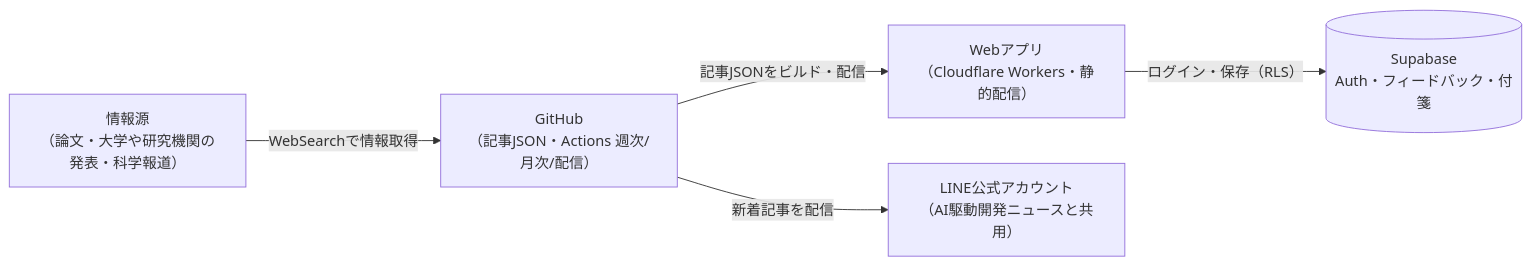
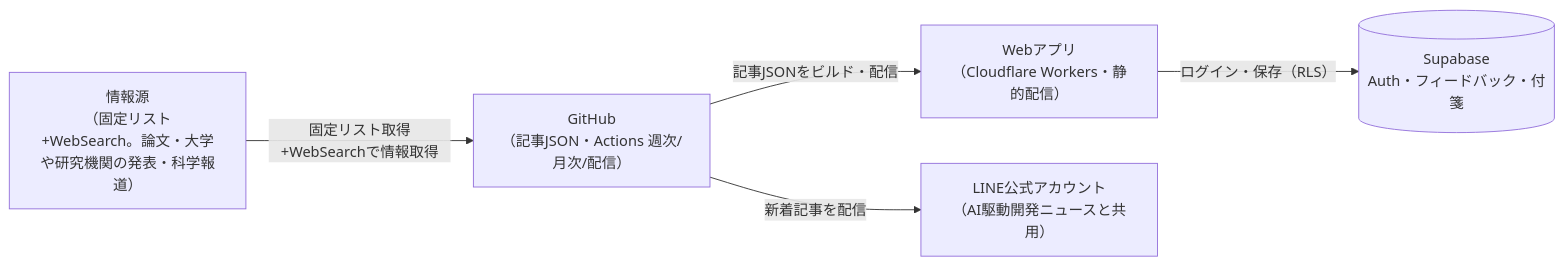
Before and after one commit to zakiyama0108/benriyatool: the second of 4 diagrams in specs/research-digest/architecture.md, drawn with Mermaid. The commit also changed other lines of this file and 13 other files, not shown here.

````diff
--- a/specs/research-digest/architecture.md
+++ b/specs/research-digest/architecture.md
@@ -44,13 +44,13 @@
 ```mermaid
 flowchart LR
     webapp["Webアプリ<br>（Cloudflare Workers・静的配信）"]
     supabase[("Supabase<br>Auth・フィードバック・付箋")]
     github["GitHub<br>（記事JSON・Actions 週次/月次/配信）"]
-    sources["情報源<br>（論文・大学や研究機関の発表・科学報道）"]
+    sources["情報源<br>（固定リスト+WebSearch。論文・大学や研究機関の発表・科学報道）"]
     line["LINE公式アカウント<br>（AI駆動開発ニュースと共用）"]
 
     webapp -->|ログイン・保存（RLS）| supabase
     github -->|記事JSONをビルド・配信| webapp
-    sources -->|WebSearchで情報取得| github
+    sources -->|固定リスト取得+WebSearchで情報取得| github
     github -->|新着記事を配信| line
 ```
````
